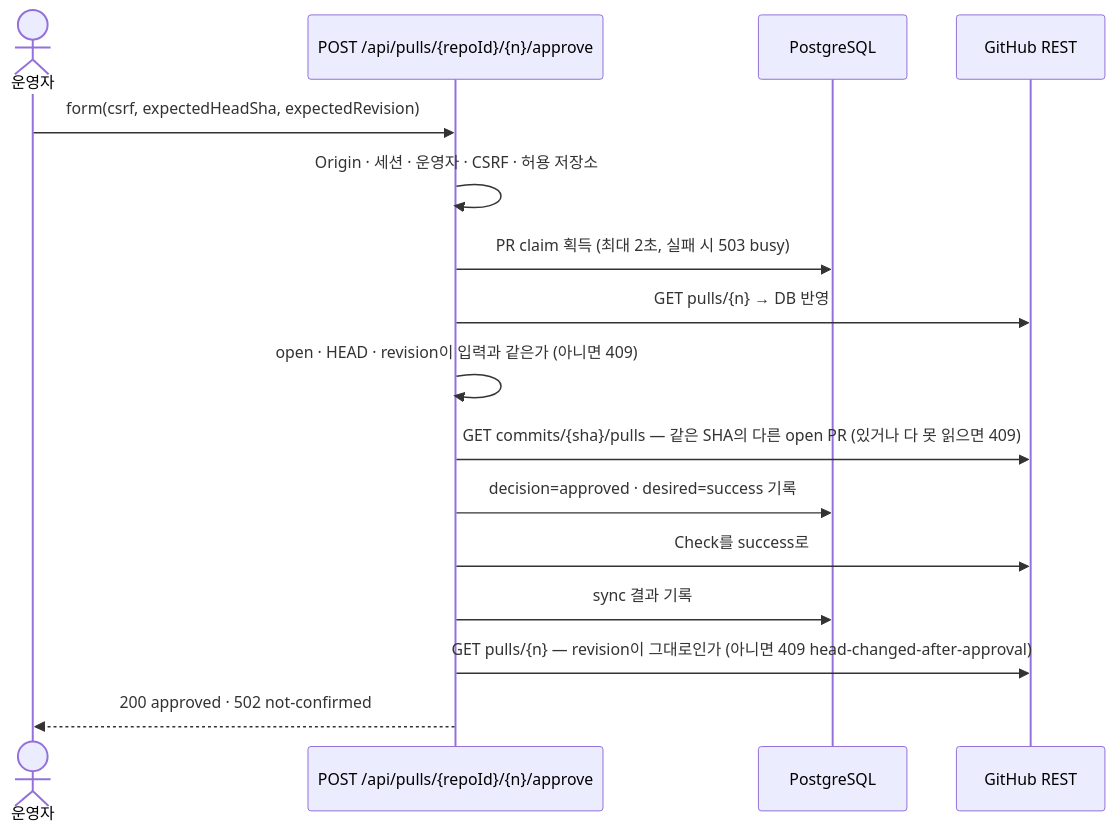
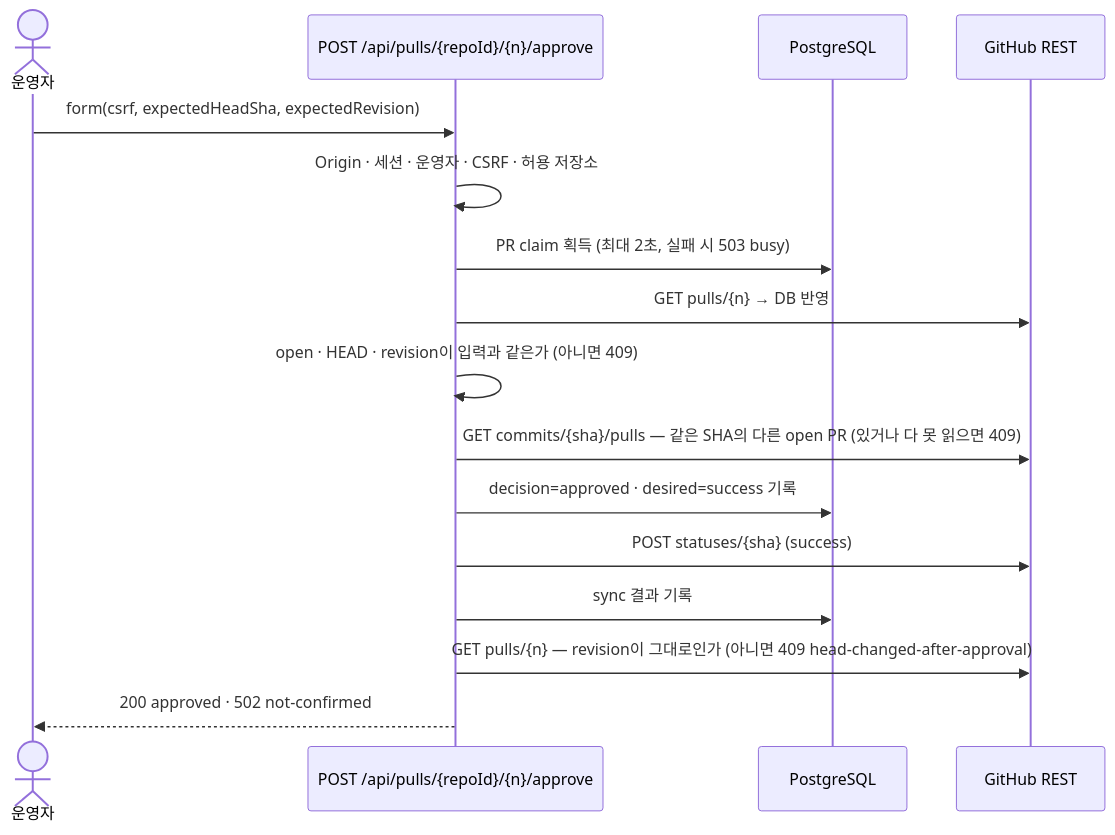
The second of 2 diagrams in docs/manual-approval/architecture.md (berrypjh/review-platform), drawn with Mermaid before and after one commit. The commit also changed other lines of this file and 3 other files, not shown here.

````diff
--- a/docs/manual-approval/architecture.md
+++ b/docs/manual-approval/architecture.md
@@ -85,19 +86,19 @@
 ```mermaid
 sequenceDiagram
     actor Op as 운영자
     participant AP as POST /api/pulls/{repoId}/{n}/approve
     participant DB as PostgreSQL
     participant API as GitHub REST
 
     Op->>AP: form(csrf, expectedHeadSha, expectedRevision)
     AP->>AP: Origin · 세션 · 운영자 · CSRF · 허용 저장소
     AP->>DB: PR claim 획득 (최대 2초, 실패 시 503 busy)
     AP->>API: GET pulls/{n} → DB 반영
     AP->>AP: open · HEAD · revision이 입력과 같은가 (아니면 409)
     AP->>API: GET commits/{sha}/pulls — 같은 SHA의 다른 open PR (있거나 다 못 읽으면 409)
     AP->>DB: decision=approved · desired=success 기록
-    AP->>API: Check를 success로
+    AP->>API: POST statuses/{sha} (success)
     AP->>DB: sync 결과 기록
     AP->>API: GET pulls/{n} — revision이 그대로인가 (아니면 409 head-changed-after-approval)
     AP-->>Op: 200 approved · 502 not-confirmed
 ```
````
